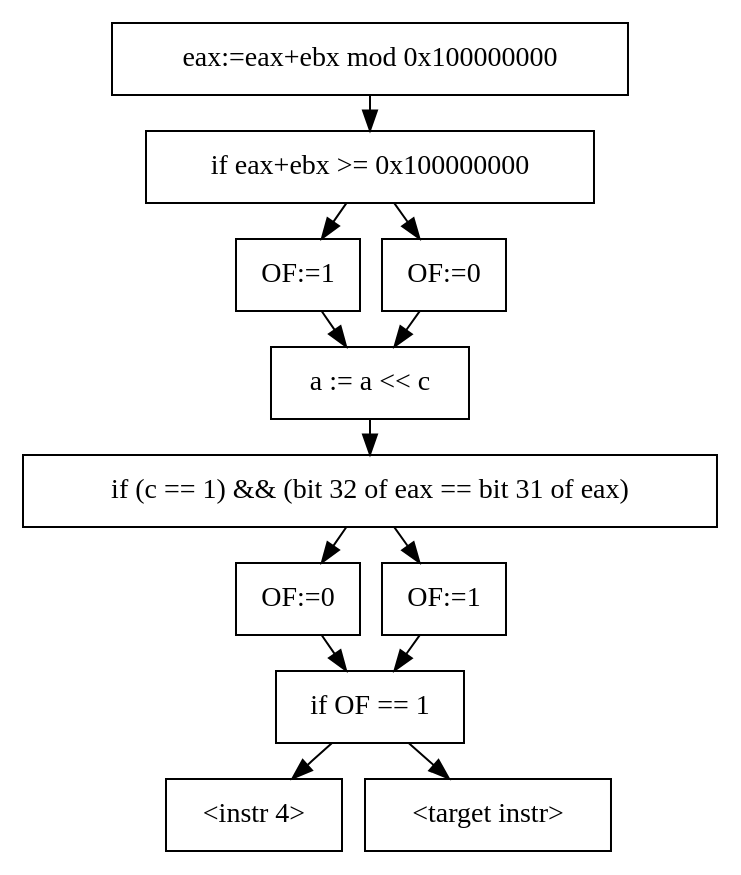
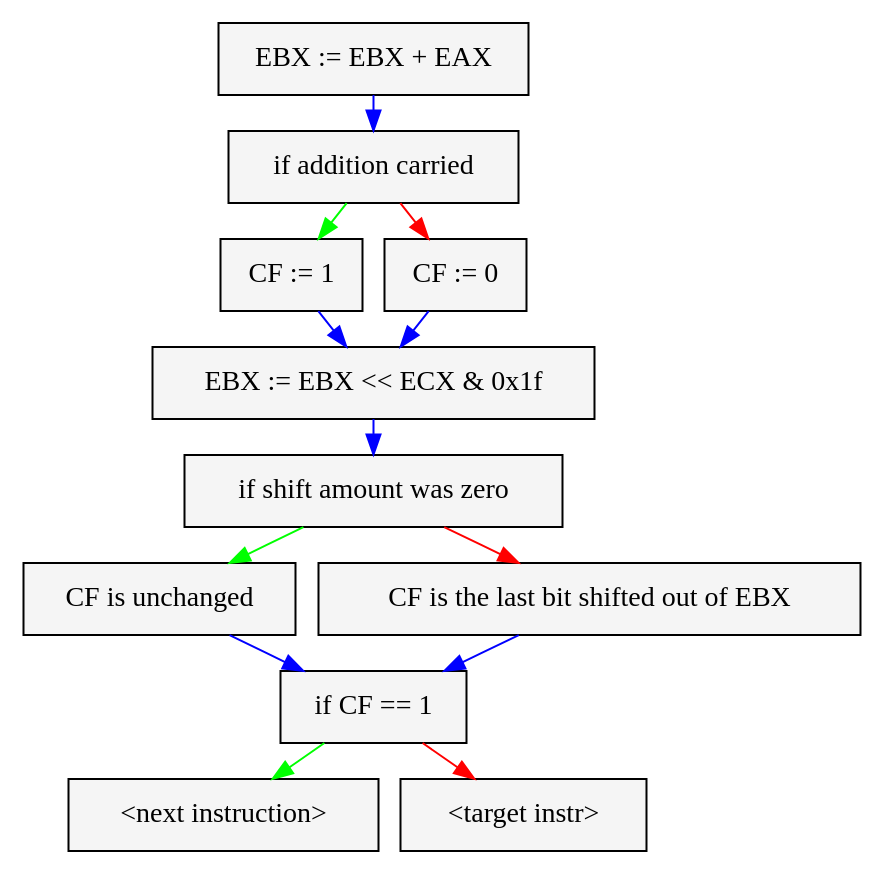
One commit to 0day1day/bap changed the diagram in doc/fig/add-shl.dot. Above: the diagram before and after it, drawn with Graphviz. The commit also changed 15 other files, not shown here.

```diff
--- a/doc/fig/add-shl.dot
+++ b/doc/fig/add-shl.dot
@@ -1,29 +1,31 @@
 digraph shladd {
+  node [shape=box, style=filled, fillcolor="#F5F5F5"];
+  edge [color="#0000FF"];
 labelfontsize=12;
 margin=0;
 nodesep=.15;
 ranksep=.25;
  1 -> 2;
- 2 -> 3;
+ 2 -> 3 [color="#00ff00"];
  3 -> 5;
- 2 -> 4;
+ 2 -> 4 [color="#ff0000"];
  4 -> 5;
  5 -> 6;
- 6 -> 7;
- 6 -> 8;
+ 6 -> 7 [color="#00ff00"];
+ 6 -> 8 [color="#ff0000"];
  7 -> 9;
  8 -> 9;
- 9 -> 10;
- 9 -> 11;
- 1 [shape=box,label="eax:=eax+ebx mod 0x100000000"];
- 2 [shape=box,label="if eax+ebx >= 0x100000000"];
- 3 [shape=box,label="OF:=1"];
- 4 [shape=box,label="OF:=0"];
- 5 [shape=box,label="a := a << c"];
- 6 [shape=box,label="if (c == 1) && (bit 32 of eax == bit 31 of eax)"];
- 7 [shape=box,label="OF:=0"]; 
- 8 [shape=box,label="OF:=1"];
- 9 [shape=box,label="if OF == 1"];
- 10 [shape=box,label="<instr 4>"];
- 11 [shape=box,label = "<target instr>"];
+ 9 -> 10 [color="#00ff00"];
+ 9 -> 11 [color="#ff0000"];
+ 1 [label="EBX := EBX + EAX"];
+ 2 [label="if addition carried"];
+ 3 [label="CF := 1"];
+ 4 [label="CF := 0"];
+ 5 [label="EBX := EBX << ECX & 0x1f"];
+ 6 [label="if shift amount was zero"];
+ 7 [label="CF is unchanged"]; 
+ 8 [label="CF is the last bit shifted out of EBX"];
+ 9 [label="if CF == 1"];
+ 10 [label="<next instruction>"];
+ 11 [label="<target instr>"];
 }
```
